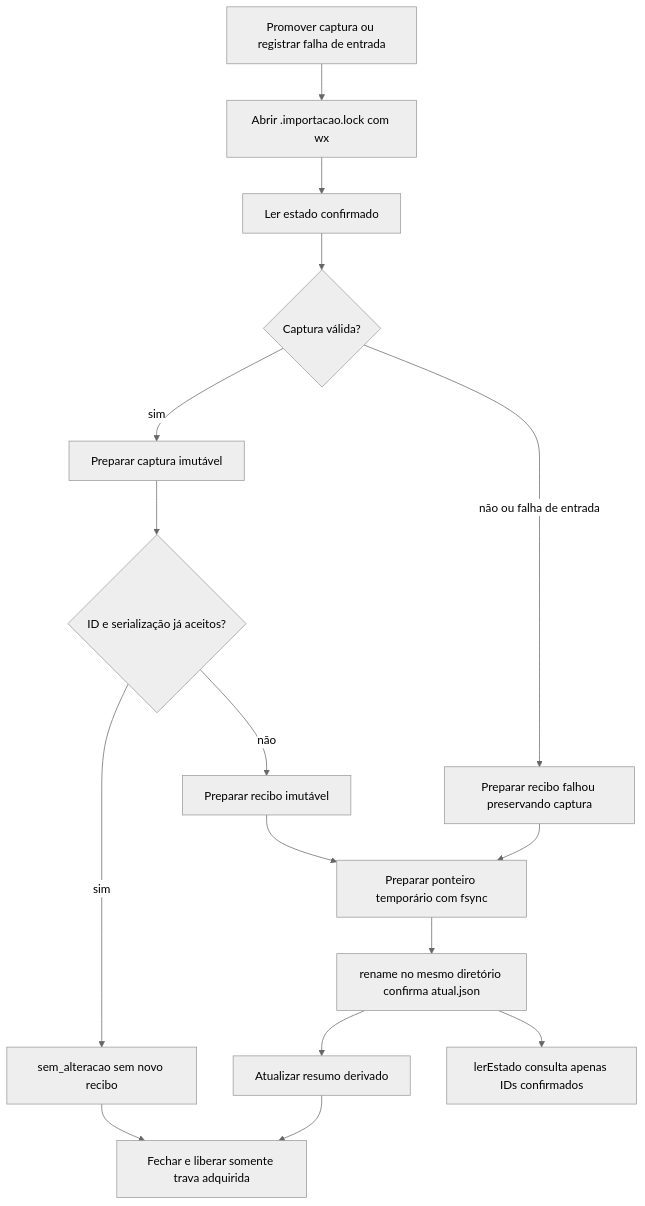
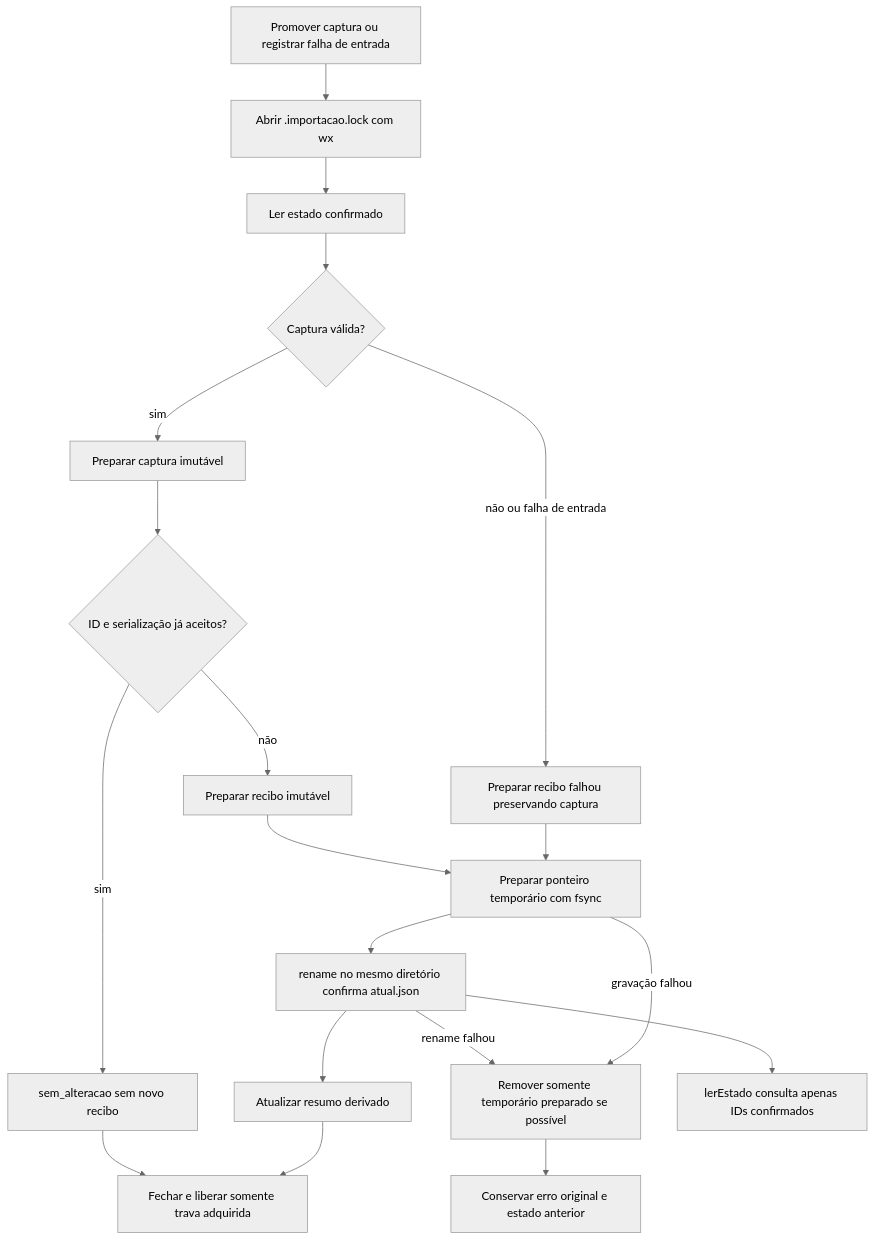
The diagram in docs/modules/snapshot.md (Browsher/crm-social), drawn with Mermaid (neutral theme) before and after one commit. The commit also changed other lines of this file and 22 other files, not shown here.

````diff
--- a/docs/modules/snapshot.md
+++ b/docs/modules/snapshot.md
@@ -32,18 +32,21 @@
 ```mermaid
 flowchart TD
   Entrada[Promover captura ou registrar falha de entrada] --> Trava["Abrir .importacao.lock com wx"]
   Trava --> Estado[Ler estado confirmado]
   Estado --> Validar{Captura válida?}
   Validar -->|sim| Arquivo[Preparar captura imutável]
   Arquivo --> Repetida{ID e serialização já aceitos?}
   Repetida -->|sim| NoOp[sem_alteracao sem novo recibo]
   Repetida -->|não| Recibo[Preparar recibo imutável]
   Validar -->|não ou falha de entrada| Falha[Preparar recibo falhou preservando captura]
   Falha --> Temporario[Preparar ponteiro temporário com fsync]
   Recibo --> Temporario
   Temporario --> Rename[rename no mesmo diretório confirma atual.json]
+  Temporario -->|gravação falhou| Limpeza[Remover somente temporário preparado se possível]
+  Rename -->|rename falhou| Limpeza
+  Limpeza --> Original[Conservar erro original e estado anterior]
   Rename --> Cache[Atualizar resumo derivado]
   Cache --> Liberar[Fechar e liberar somente trava adquirida]
   NoOp --> Liberar
   Rename --> Leitor[lerEstado consulta apenas IDs confirmados]
 ```
````
